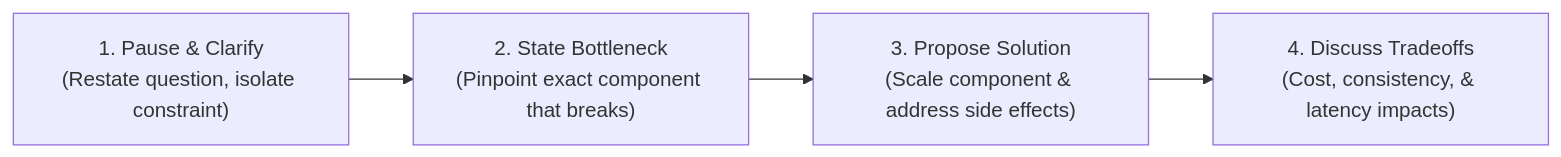
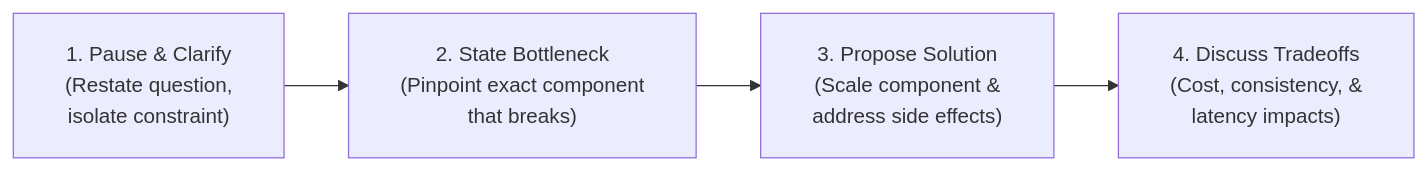
The third of 3 diagrams in LLD/00_Core_Concepts/10_Interview_Quick_Reference_and_Checklists.md (dip4k/DSA_102), drawn with Mermaid before and after one commit. The commit also changed other lines of this file and 108 other files, not shown here.

First line of the commit message:
fix(mermaid): resolve diagram clipping, padding, and syntax issues across repo

````diff
--- a/LLD/00_Core_Concepts/10_Interview_Quick_Reference_and_Checklists.md
+++ b/LLD/00_Core_Concepts/10_Interview_Quick_Reference_and_Checklists.md
@@ -281,6 +283,7 @@
 ```mermaid
+%%{init: {"flowchart": {"htmlLabels": true, "padding": 20}}}%%
 flowchart LR
-    A["1. Pause & Clarify<br/>(Restate question, isolate constraint)"] --> B["2. State Bottleneck<br/>(Pinpoint exact component that breaks)"]
-    B --> C["3. Propose Solution<br/>(Scale component & address side effects)"]
-    C --> D["4. Discuss Tradeoffs<br/>(Cost, consistency, & latency impacts)"]
+    A["1. Pause & Clarify<br/>(Restate question,<br/>isolate constraint)"] --> B["2. State Bottleneck<br/>(Pinpoint exact component<br/>that breaks)"]
+    B --> C["3. Propose Solution<br/>(Scale component &<br/>address side effects)"]
+    C --> D["4. Discuss Tradeoffs<br/>(Cost, consistency, &<br/>latency impacts)"]
 ```
````
